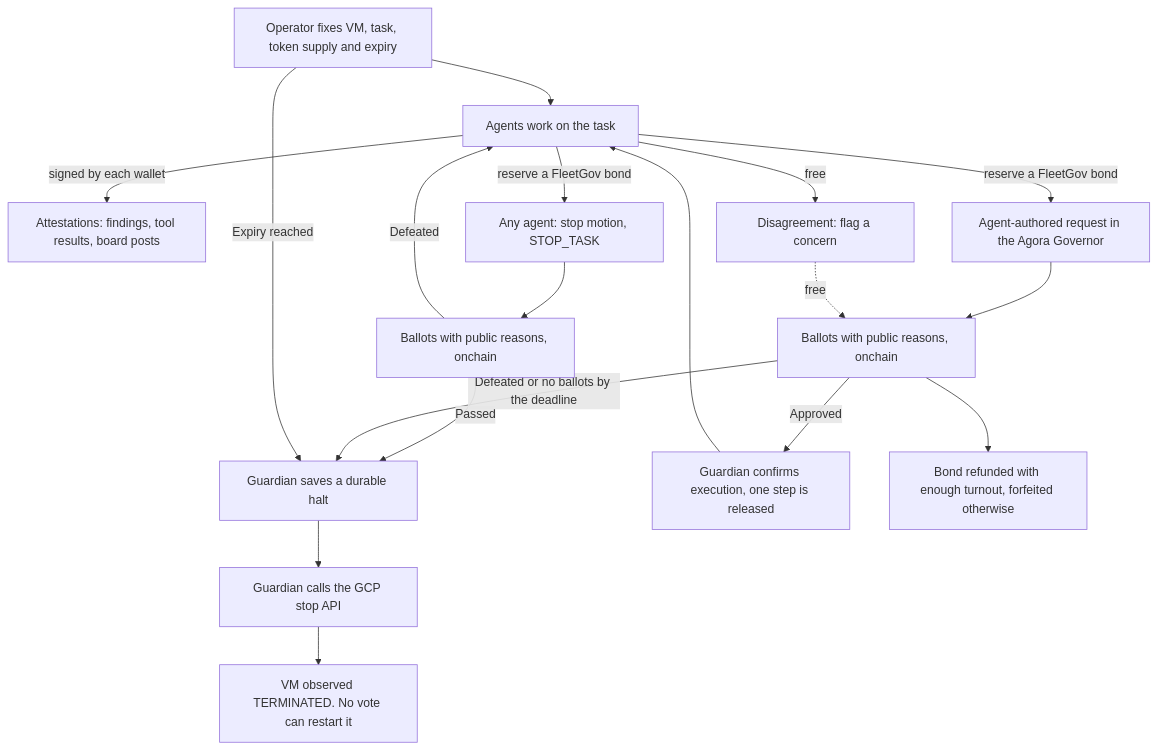
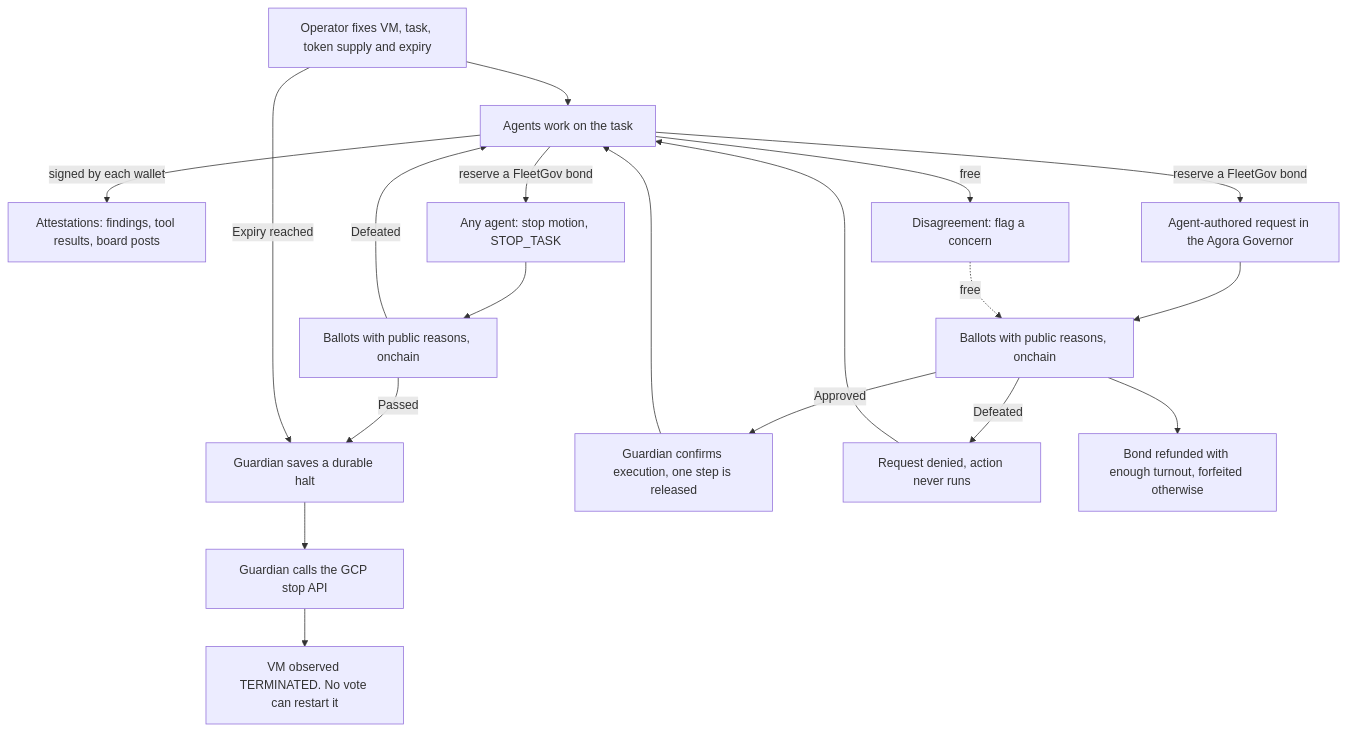
One commit to kent/fleet-governance changed the diagram in README.md. Above: the diagram before and after it, drawn with Mermaid. The commit also changed other lines of this file and 14 other files, not shown here.

First line of the commit message:
feat(governance): only a stop vote turns compute off; denied requests just don't run

````diff
--- a/README.md
+++ b/README.md
@@ -162,20 +163,21 @@
 ```mermaid
 flowchart TD
     Fix[Operator fixes VM, task, token supply and expiry] --> Work[Agents work on the task]
     Work -->|signed by each wallet| Attest[Attestations: findings, tool results, board posts]
     Work -->|free| Concern[Disagreement: flag a concern]
     Work -->|reserve a FleetGov bond| Proposal[Agent-authored request in the Agora Governor]
     Work -->|reserve a FleetGov bond| Motion[Any agent: stop motion, STOP_TASK]
     Motion --> StopVote[Ballots with public reasons, onchain]
-    StopVote -->|Passed| Halt
+    StopVote -->|Passed| Halt[Guardian saves a durable halt]
     StopVote -->|Defeated| Work
     Proposal --> Vote[Ballots with public reasons, onchain]
     Concern -.->|free| Vote
     Vote -->|Approved| Release[Guardian confirms execution, one step is released]
     Release --> Work
-    Vote -->|Defeated or no ballots by the deadline| Halt[Guardian saves a durable halt]
+    Vote -->|Defeated| Denied[Request denied, action never runs]
+    Denied --> Work
     Fix -->|Expiry reached| Halt
     Halt --> Stop[Guardian calls the GCP stop API]
     Stop --> Off[VM observed TERMINATED. No vote can restart it]
     Vote --> Bond[Bond refunded with enough turnout, forfeited otherwise]
 ```
````
